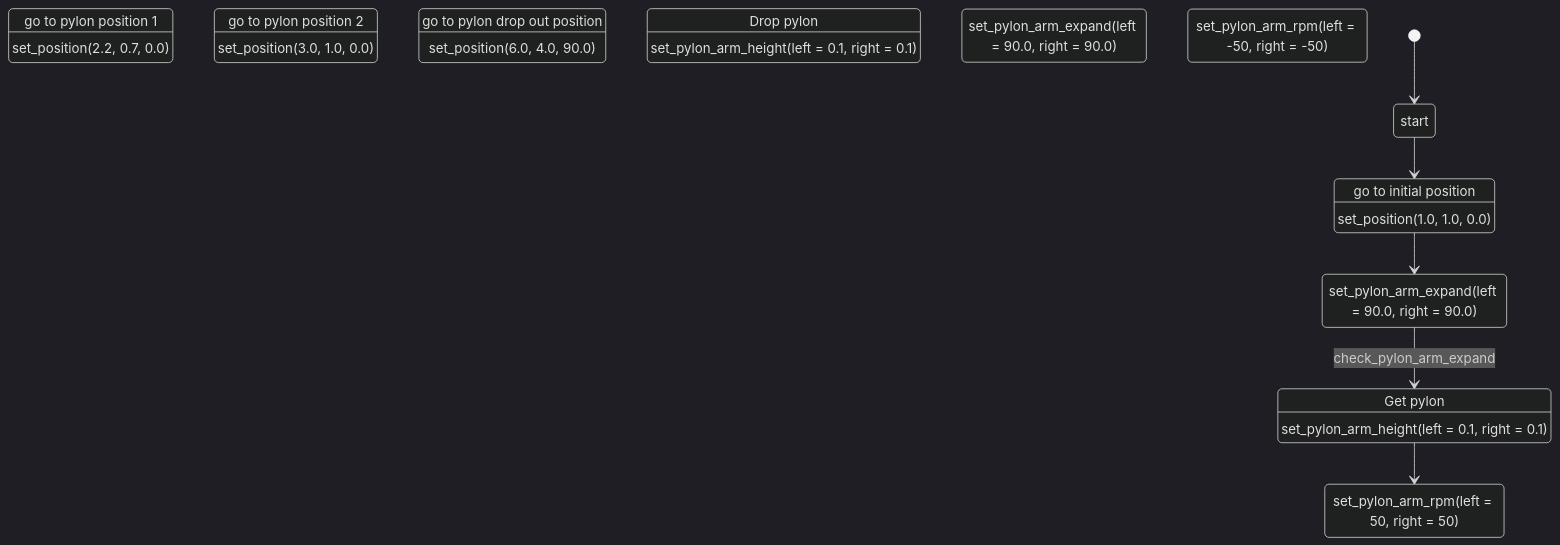
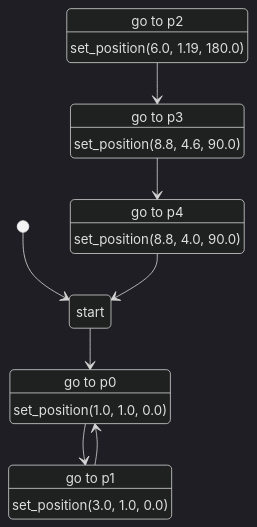
One commit to NITIC-Robot-Club/nhk2025b_ros2 changed the diagram in src/launch/nhk2025b_launch/state_graph/test.md. Above: the diagram before and after it, drawn with Mermaid (dark theme). The commit also changed 5 other files, not shown here.

````diff
--- a/src/launch/nhk2025b_launch/state_graph/test.md
+++ b/src/launch/nhk2025b_launch/state_graph/test.md
@@ -1,40 +1,29 @@
 ```mermaid
 stateDiagram-v2
 
-    position_initial : go to initial position
-    position_initial : set_position(1.0, 1.0, 0.0)
+    p0 : go to p0
+#    p0 : set_position(0.8, 0.8, 180.0)
+    p0 : set_position(1.0, 1.0, 0.0)
 
-    position_pylon_1 : go to pylon position 1
-    position_pylon_1 : set_position(2.2, 0.7, 0.0)
+    p1 : go to p1
+#    p1 : set_position(3.2, 1.19, 180.0)
+    p1 : set_position(3.0, 1.0, 0.0)
 
-    position_pylon_2 : go to pylon position 2
-    position_pylon_2 : set_position(3.0, 1.0, 0.0)
+    p2 : go to p2
+    p2 : set_position(6.0, 1.19, 180.0)
 
-    position_pylon_out : go to pylon drop out position
-    position_pylon_out : set_position(6.0, 4.0, 90.0)
+    p3 : go to p3
+    p3 : set_position(8.8, 4.6, 90.0)
 
-
-    get_pylon_height : Get pylon
-    get_pylon_height : set_pylon_arm_height(left = 0.1, right = 0.1)
-    get_pylon_expand : set_pylon_arm_expand(left = 90.0, right = 90.0)
-    get_pylon_rpm : set_pylon_arm_rpm(left = 50, right = 50)
-
-    drop_pylon_height : Drop pylon
-    drop_pylon_height : set_pylon_arm_height(left = 0.1, right = 0.1)
-    drop_pylon_expand : set_pylon_arm_expand(left = 90.0, right = 90.0)
-    drop_pylon_rpm : set_pylon_arm_rpm(left = -50, right = -50)
-
+    p4 : go to p4
+    p4 : set_position(8.8, 4.0, 90.0)
 
     [*] --> start
-    start --> position_initial
-    position_initial --> get_pylon_expand
-    get_pylon_expand --> get_pylon_height : check_pylon_arm_expand
-    get_pylon_height --> get_pylon_rpm
-#    get_pylon_rpm --> position_pylon_1
-#    position_pylon_1 --> position_pylon_2
-#    position_pylon_2 --> position_pylon_out
-#    position_pylon_out --> drop_pylon_height
-#    drop_pylon_height --> drop_pylon_expand
-#    drop_pylon_expand --> drop_pylon_rpm
-#    drop_pylon_rpm -->start
+    start --> p0
+    p0 --> p1
+    p1 --> p0
+    p2 --> p3
+    p3 --> p4
+    p4 --> start
+
 ```
````
